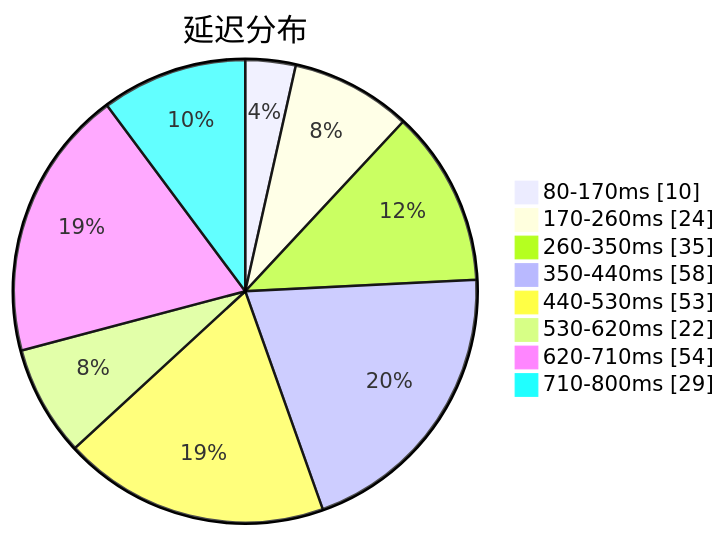
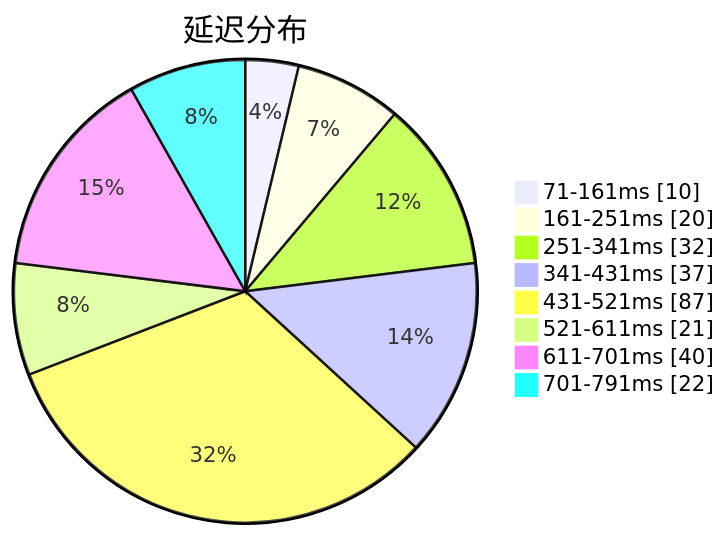
One commit to sinspired/airport changed the first of 3 diagrams in subs/statistics/tested_within.md. Above: the diagram before and after it, drawn with Mermaid. The commit also changed other lines of this file and 2 other files, not shown here.

````diff
--- a/subs/statistics/tested_within.md
+++ b/subs/statistics/tested_within.md
@@ -2,12 +2,12 @@
 ```mermaid
 pie showData
 title 延迟分布
-"80-170ms" : 10
-"170-260ms" : 24
-"260-350ms" : 35
-"350-440ms" : 58
-"440-530ms" : 53
-"530-620ms" : 22
-"620-710ms" : 54
-"710-800ms" : 29
+"71-161ms" : 10
+"161-251ms" : 20
+"251-341ms" : 32
+"341-431ms" : 37
+"431-521ms" : 87
+"521-611ms" : 21
+"611-701ms" : 40
+"701-791ms" : 22
 ```
````
